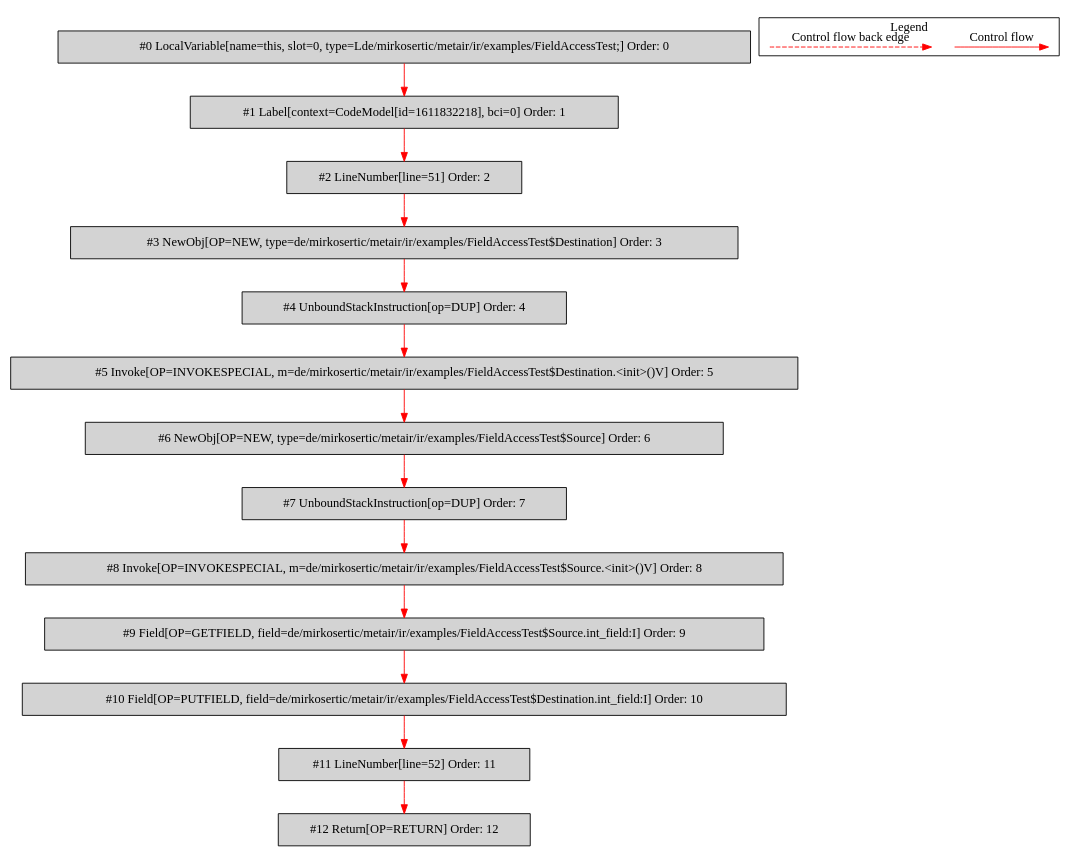
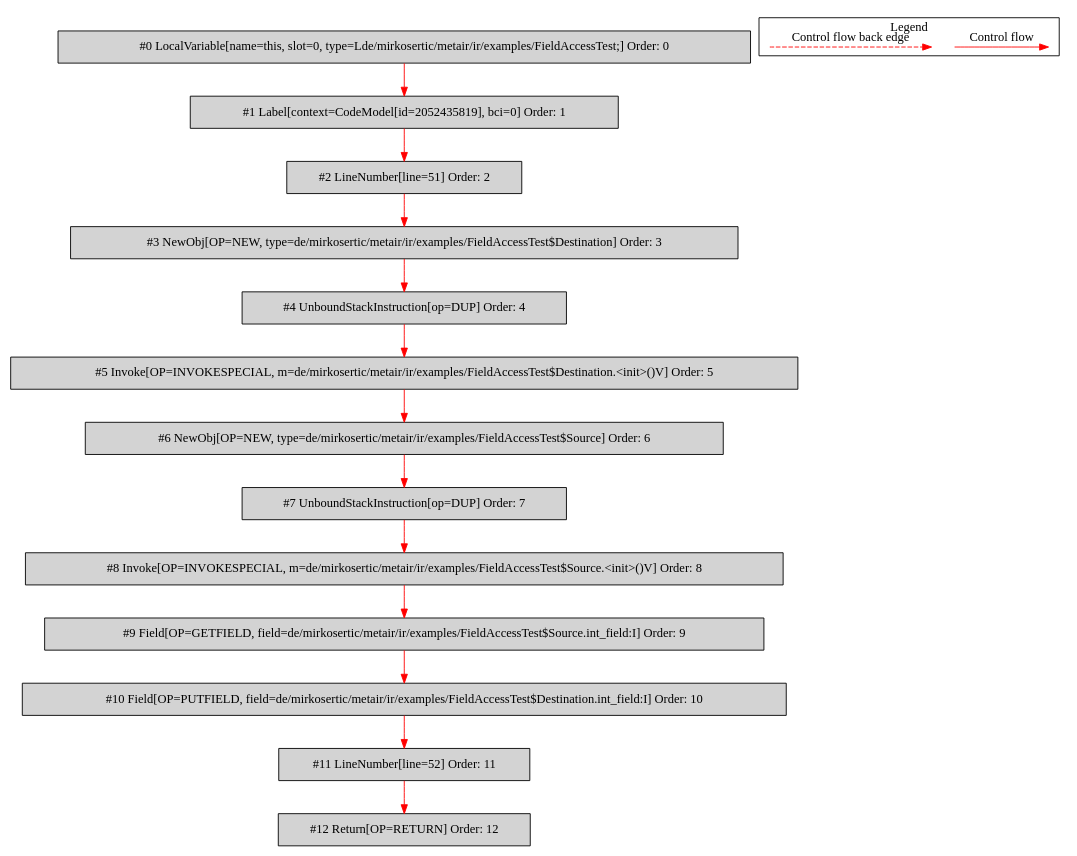
One commit to mirkosertic/MetaIR changed the diagram in de.mirkosertic.metair.ir.examples.FieldAccessTest/copy_int/bytecodecfg.dot. Above: the diagram before and after it, drawn with Graphviz. The commit also changed 1418 other files, not shown here.

```diff
--- a/de.mirkosertic.metair.ir.examples.FieldAccessTest/copy_int/bytecodecfg.dot
+++ b/de.mirkosertic.metair.ir.examples.FieldAccessTest/copy_int/bytecodecfg.dot
@@ -1,42 +1,42 @@
 digraph {
  ordering="in";
  node0[label="#0 LocalVariable[name=this, slot=0, type=Lde/mirkosertic/metair/ir/examples/FieldAccessTest;] Order: 0", shape=box, fillcolor=lightgrey, style=filled];
- node1[label="#1 Label[context=CodeModel[id=1611832218], bci=0] Order: 1", shape=box, fillcolor=lightgrey, style=filled];
+ node1[label="#1 Label[context=CodeModel[id=2052435819], bci=0] Order: 1", shape=box, fillcolor=lightgrey, style=filled];
  node2[label="#2 LineNumber[line=51] Order: 2", shape=box, fillcolor=lightgrey, style=filled];
  node3[label="#3 NewObj[OP=NEW, type=de/mirkosertic/metair/ir/examples/FieldAccessTest$Destination] Order: 3", shape=box, fillcolor=lightgrey, style=filled];
  node4[label="#4 UnboundStackInstruction[op=DUP] Order: 4", shape=box, fillcolor=lightgrey, style=filled];
  node5[label="#5 Invoke[OP=INVOKESPECIAL, m=de/mirkosertic/metair/ir/examples/FieldAccessTest$Destination.<init>()V] Order: 5", shape=box, fillcolor=lightgrey, style=filled];
  node6[label="#6 NewObj[OP=NEW, type=de/mirkosertic/metair/ir/examples/FieldAccessTest$Source] Order: 6", shape=box, fillcolor=lightgrey, style=filled];
  node7[label="#7 UnboundStackInstruction[op=DUP] Order: 7", shape=box, fillcolor=lightgrey, style=filled];
  node8[label="#8 Invoke[OP=INVOKESPECIAL, m=de/mirkosertic/metair/ir/examples/FieldAccessTest$Source.<init>()V] Order: 8", shape=box, fillcolor=lightgrey, style=filled];
  node9[label="#9 Field[OP=GETFIELD, field=de/mirkosertic/metair/ir/examples/FieldAccessTest$Source.int_field:I] Order: 9", shape=box, fillcolor=lightgrey, style=filled];
  node10[label="#10 Field[OP=PUTFIELD, field=de/mirkosertic/metair/ir/examples/FieldAccessTest$Destination.int_field:I] Order: 10", shape=box, fillcolor=lightgrey, style=filled];
  node11[label="#11 LineNumber[line=52] Order: 11", shape=box, fillcolor=lightgrey, style=filled];
  node12[label="#12 Return[OP=RETURN] Order: 12", shape=box, fillcolor=lightgrey, style=filled];
  node0 -> node1[color=red];
  node1 -> node2[color=red];
  node2 -> node3[color=red];
  node3 -> node4[color=red];
  node4 -> node5[color=red];
  node5 -> node6[color=red];
  node6 -> node7[color=red];
  node7 -> node8[color=red];
  node8 -> node9[color=red];
  node9 -> node10[color=red];
  node10 -> node11[color=red];
  node11 -> node12[color=red];
  subgraph cluster_000 {
   label = "Legend";
   node [shape=point]
   {
    rank=same;
    c0 [style = invis];
    c1 [style = invis];
    c2 [style = invis];
    c3 [style = invis];
   }
   c0 -> c1 [label="Control flow", style=solid, color=red]
   c2 -> c3 [label="Control flow back edge", style=dashed, color=red]
  }
 
 }
```
